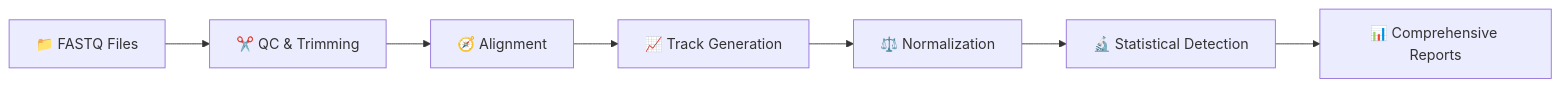
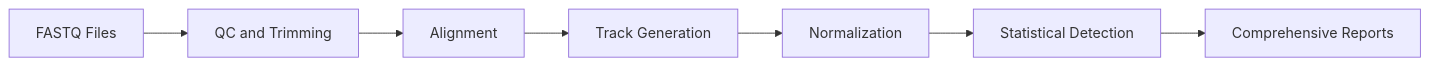
One commit to SerhatAktay/TrackTx changed the diagram in README.md. Above: the diagram before and after it, drawn with Mermaid. The commit also changed other lines of this file and 9 other files, not shown here.

````diff
--- a/README.md
+++ b/README.md
@@ -173,9 +173,9 @@
 ```mermaid
 graph LR
-    A[📁 FASTQ Files] --> B[✂️ QC & Trimming]
-    B --> C[🧭 Alignment]
-    C --> D[📈 Track Generation]
-    D --> E[⚖️ Normalization]
-    E --> F[🔬 Statistical Detection]
-    F --> G[📊 Comprehensive Reports]
+    A[FASTQ Files] --> B[QC and Trimming]
+    B --> C[Alignment]
+    C --> D[Track Generation]
+    D --> E[Normalization]
+    E --> F[Statistical Detection]
+    F --> G[Comprehensive Reports]
 ```
````
